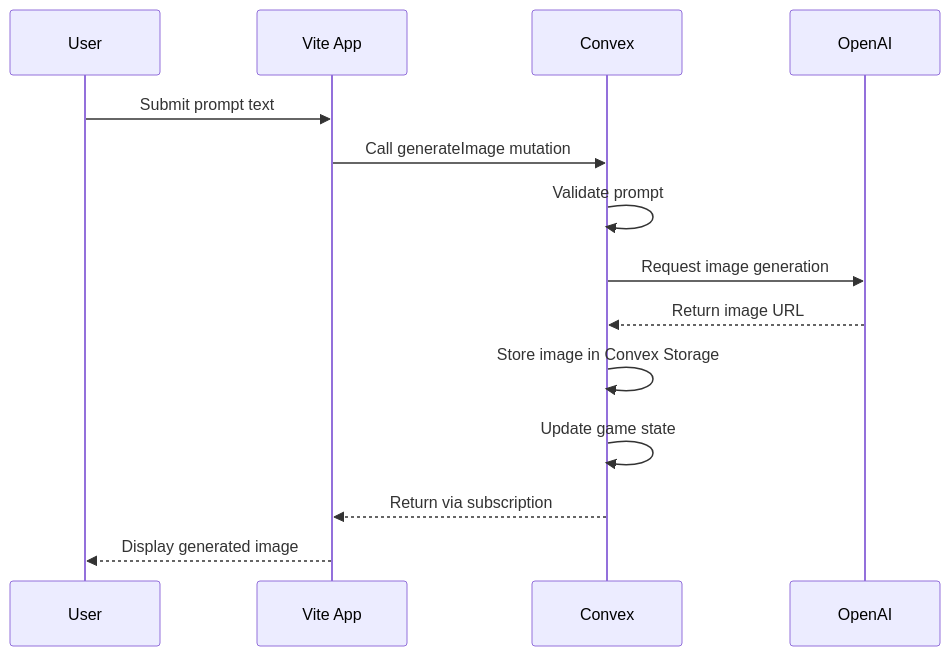
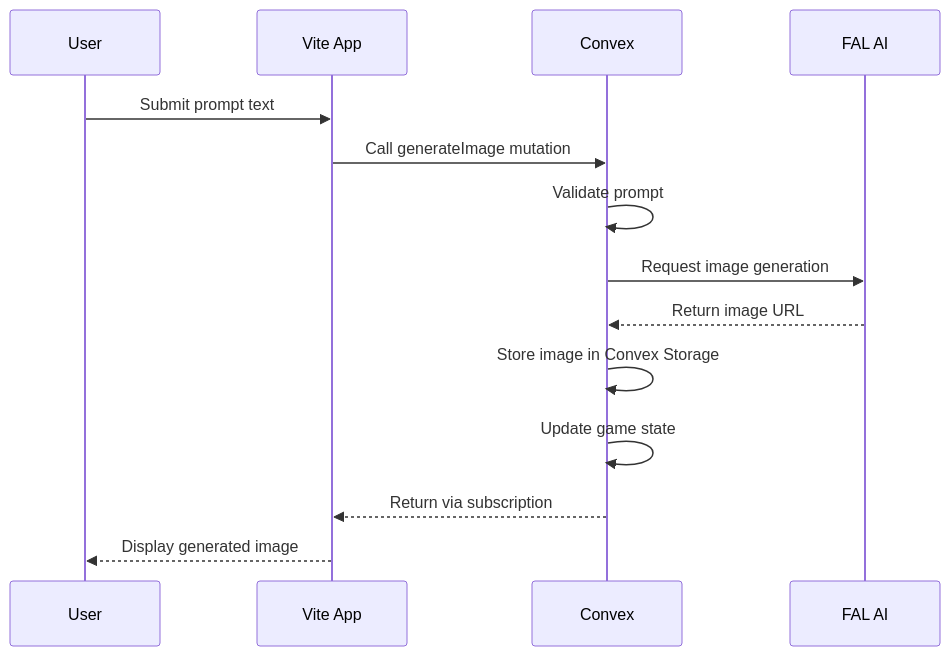
Before and after one commit to nmogil/visionairy-app: the first of 2 diagrams in project_docs/prd.md, drawn with Mermaid. The commit also changed other lines of this file and 4 other files, not shown here.

````diff
--- a/project_docs/prd.md
+++ b/project_docs/prd.md
@@ -199,17 +199,17 @@
 ```mermaid
 sequenceDiagram
     participant U as User
     participant V as Vite App
     participant C as Convex
-    participant O as OpenAI
+    participant F as FAL AI
     
     U->>V: Submit prompt text
     V->>C: Call generateImage mutation
     C->>C: Validate prompt
-    C->>O: Request image generation
-    O-->>C: Return image URL
+    C->>F: Request image generation
+    F-->>C: Return image URL
     C->>C: Store image in Convex Storage
     C->>C: Update game state
     C-->>V: Return via subscription
     V-->>U: Display generated image
 ```
````
